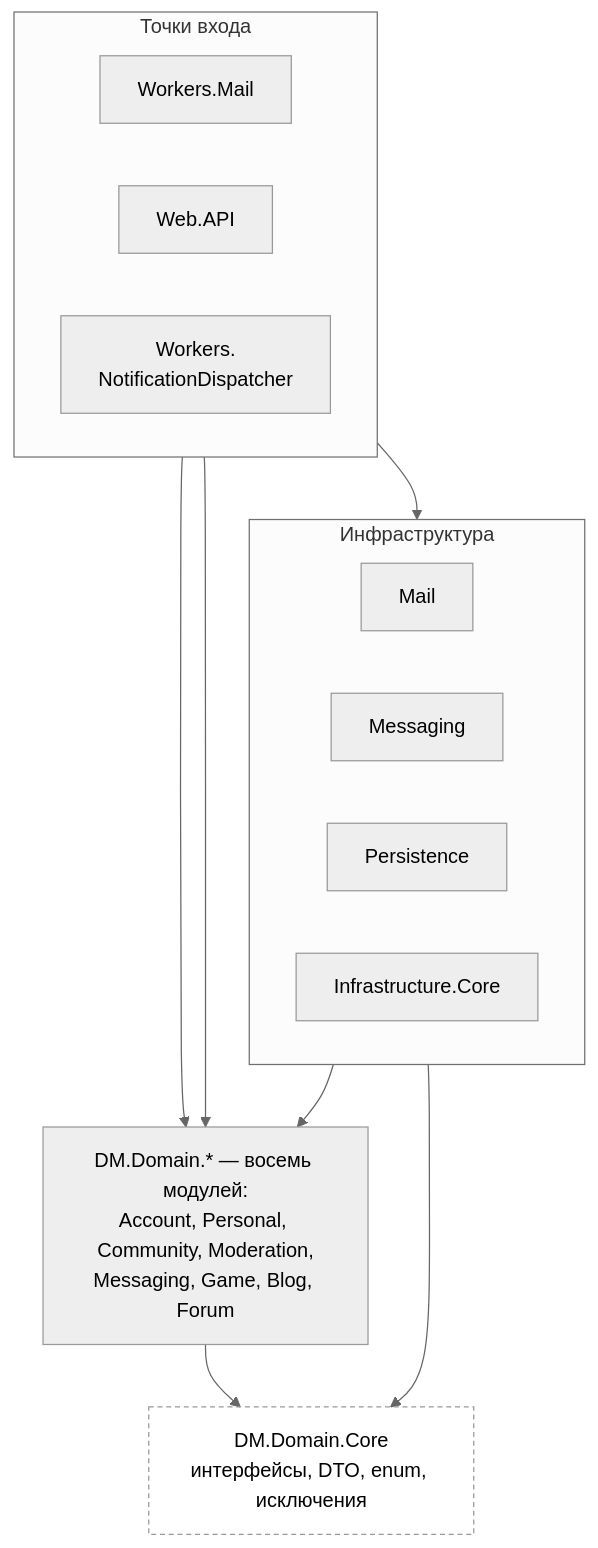
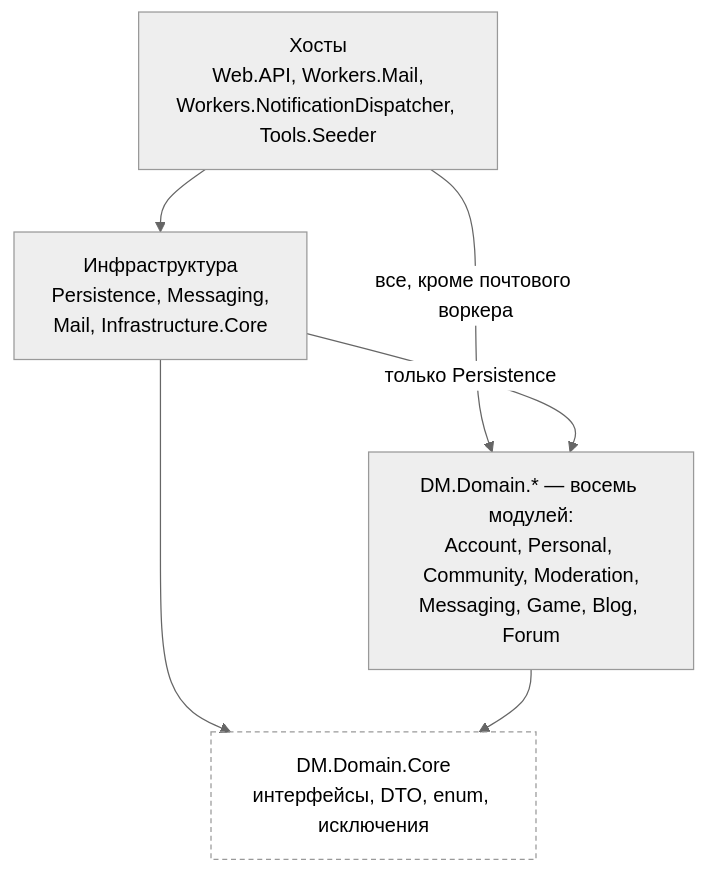
The second of 3 diagrams in docs/architecture/SYSTEM.md (dm-am/dm3), drawn with Mermaid (neutral theme) before and after one commit. The commit also changed other lines of this file and 1646 other files, not shown here.

````diff
--- a/docs/architecture/SYSTEM.md
+++ b/docs/architecture/SYSTEM.md
@@ -39,28 +104,16 @@
 ```mermaid
 flowchart TB
-    subgraph entry["Точки входа"]
-        direction LR
-        wmail["Workers.Mail"]
-        api["Web.API"]
-        wnotify["Workers.<br/>NotificationDispatcher"]
-    end
-    subgraph infra["Инфраструктура"]
-        direction LR
-        mail["Mail"]
-        messaging["Messaging"]
-        persistence["Persistence"]
-        icore["Infrastructure.Core"]
-    end
+    hosts["Хосты<br/>Web.API, Workers.Mail,<br/>Workers.NotificationDispatcher, Tools.Seeder"]
+    infra["Инфраструктура<br/>Persistence, Messaging,<br/>Mail, Infrastructure.Core"]
     domain["DM.Domain.* — восемь модулей:<br/>Account, Personal, Community, Moderation,<br/>Messaging, Game, Blog, Forum"]
     core["DM.Domain.Core<br/>интерфейсы, DTO, enum, исключения"]
 
-    entry --> infra
-    api --> domain
-    wnotify --> domain
-    persistence --> domain
+    hosts --> infra
+    hosts -->|"все, кроме почтового воркера"| domain
+    infra -->|"только Persistence"| domain
     infra --> core
     domain --> core
 
     classDef leaf fill:transparent,stroke-dasharray: 4 3
     class core leaf
 ```
````
